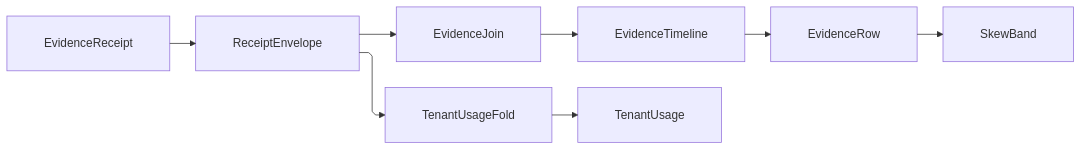
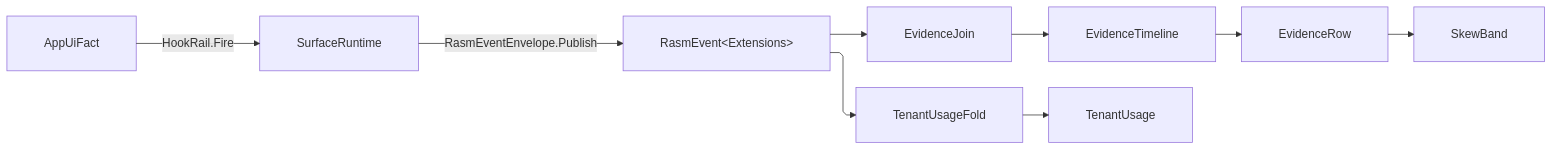
One commit to bsamiee/Rasm changed the diagram in libs/dotnet/Rasm.AppUi/.planning/Diagnostics/evidence.md. Above: the diagram before and after it, drawn with Mermaid. The commit also changed other lines of this file and 1417 other files, not shown here.

````diff
--- a/libs/dotnet/Rasm.AppUi/.planning/Diagnostics/evidence.md
+++ b/libs/dotnet/Rasm.AppUi/.planning/Diagnostics/evidence.md
@@ -884,19 +778,20 @@
 ```mermaid
 ---
 config:
   layout: elk
   flowchart:
     curve: linear
     padding: 25
 ---
 flowchart LR
-    accTitle: AppUi evidence fold from receipt to timeline and usage
-    accDescr: One typed evidence receipt sealing into the HLC envelope, which the correlation join folds into uncertainty-banded timeline rows and the tenant fold folds into per-window usage rows.
-    EvidenceReceipt --> ReceiptEnvelope
-    ReceiptEnvelope --> EvidenceJoin
-    ReceiptEnvelope --> TenantUsageFold
+    accTitle: AppUi evidence fold from fired fact to timeline and usage
+    accDescr: One typed fact firing at its seat, the surface runtime's mounted observe tap publishing it as a CloudEvent, and the admitted event stream folding into uncertainty-banded timeline rows and per-window usage rows.
+    AppUiFact -->|"HookRail.Fire"| SurfaceRuntime
+    SurfaceRuntime -->|"RasmEventEnvelope.Publish"| Event["RasmEvent&lt;Extensions&gt;"]
+    Event --> EvidenceJoin
+    Event --> TenantUsageFold
     EvidenceJoin --> EvidenceTimeline
     EvidenceTimeline --> EvidenceRow
     EvidenceRow --> SkewBand
     TenantUsageFold --> TenantUsage
 ```
````
